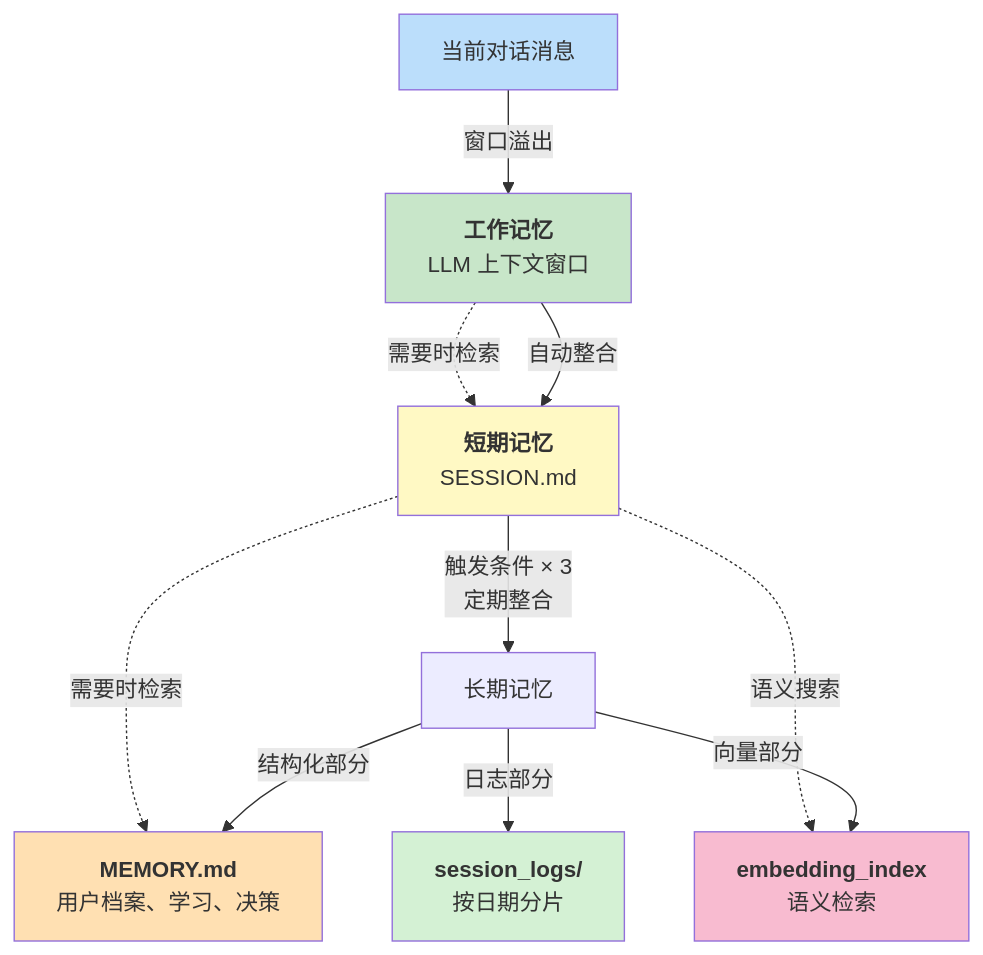
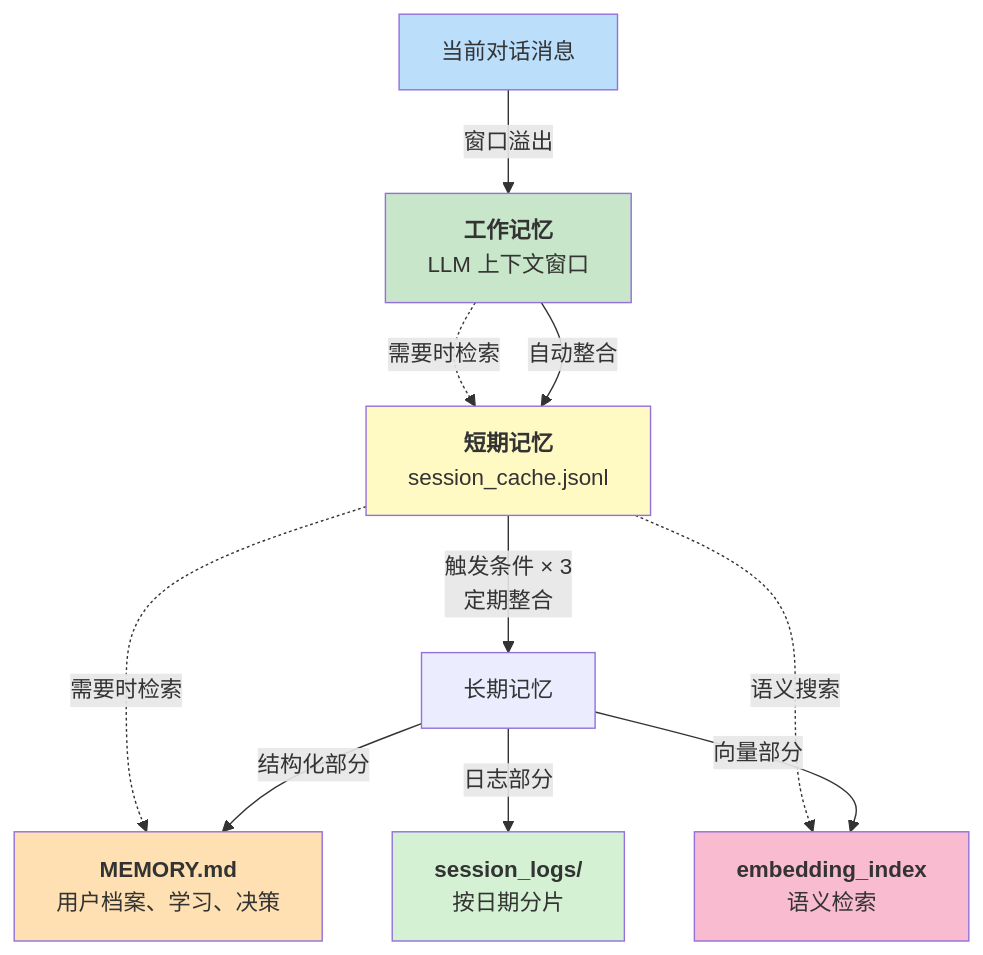
The diagram in 06_memory/6.1_memory_architecture.md (yeasy/harness_engineering_guide), drawn with Mermaid before and after one commit. The commit also changed 10 other files, not shown here.

````diff
--- a/06_memory/6.1_memory_architecture.md
+++ b/06_memory/6.1_memory_architecture.md
@@ -15,22 +15,22 @@
 ```mermaid
 graph TD
     A["当前对话消息"] -->|窗口溢出| B["<b>工作记忆</b><br/>LLM 上下文窗口"]
 
-    B -->|自动整合| D["<b>短期记忆</b><br/>SESSION.md"]
+    B -->|自动整合| D["<b>短期记忆</b><br/>session_cache.jsonl"]
     D -->|触发条件 × 3<br/>定期整合| F["长期记忆"]
 
     F -->|结构化部分| G1["<b>MEMORY.md</b><br/>用户档案、学习、决策"]
     F -->|向量部分| G2["<b>embedding_index</b><br/>语义检索"]
     F -->|日志部分| G3["<b>session_logs/</b><br/>按日期分片"]
 
     B -.->|需要时检索| D
     D -.->|需要时检索| G1
     D -.->|语义搜索| G2
 
     style A fill:#bbdefb
     style B fill:#c8e6c9
     style D fill:#fff9c4
     style G1 fill:#ffe0b2
     style G2 fill:#f8bbd0
     style G3 fill:#d4f1d4
 ```
````
